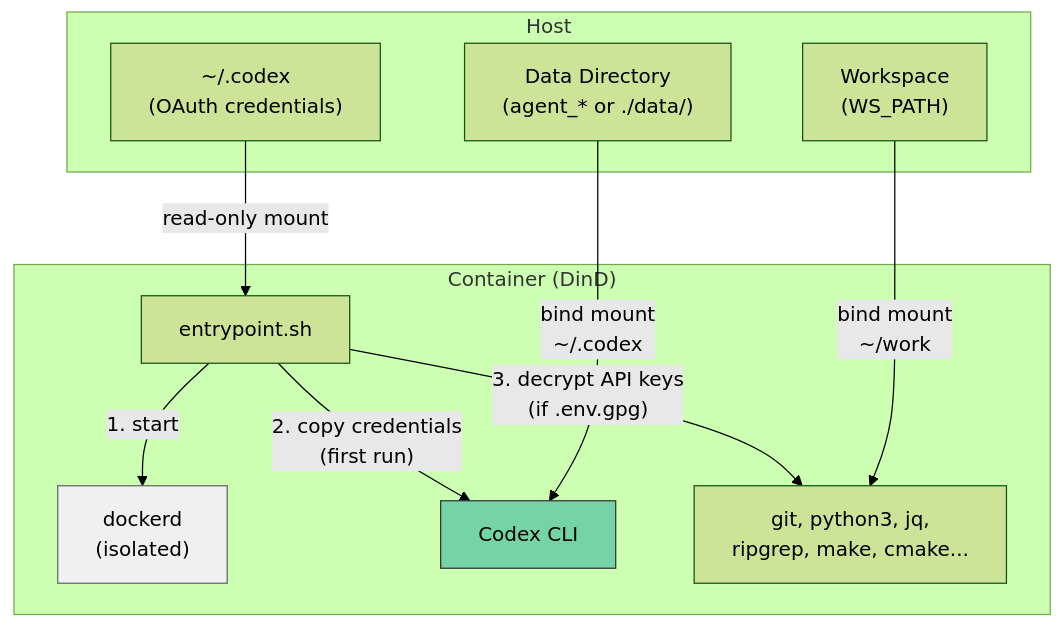
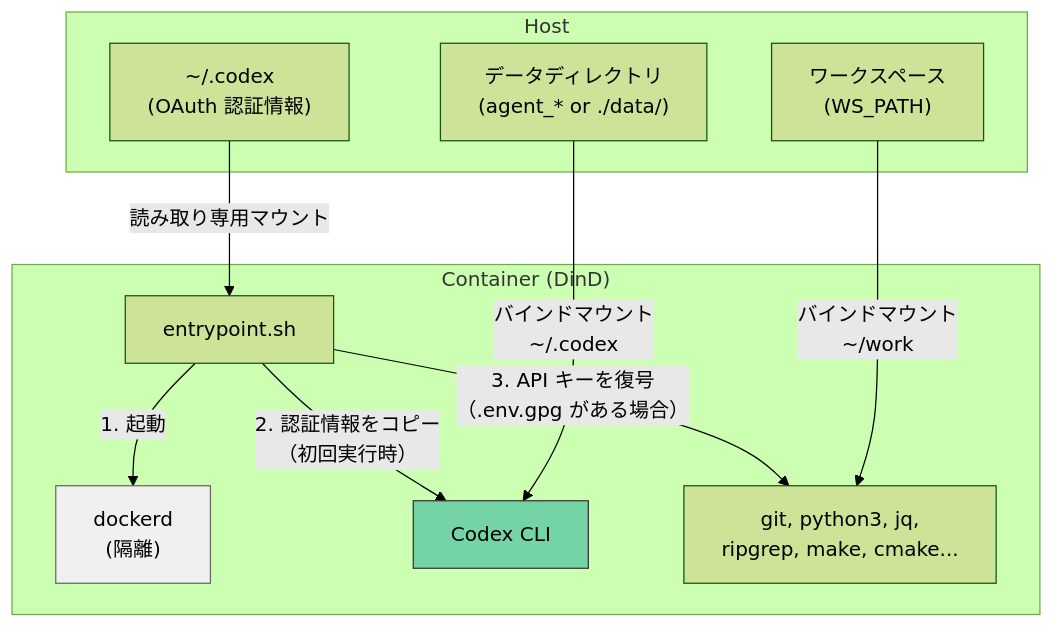
The first of 3 diagrams in doc/README.ja.md (ycpss91255-docker/codex_cli), drawn with Mermaid (forest theme) before and after one commit. The commit also changed other lines of this file and 2 other files, not shown here.

Commit message:
docs: keep 'smoke test' as proper noun in i18n
Do not translate 'smoke test' — it is a proper noun.

````diff
--- a/doc/README.ja.md
+++ b/doc/README.ja.md
@@ -42,26 +42,26 @@
 ```mermaid
 graph TB
     subgraph Host
-        H_OAuth["~/.codex<br/>(OAuth credentials)"]
-        H_WS["Workspace<br/>(WS_PATH)"]
-        H_Data["Data Directory<br/>(agent_* or ./data/)"]
+        H_OAuth["~/.codex<br/>(OAuth 認証情報)"]
+        H_WS["ワークスペース<br/>(WS_PATH)"]
+        H_Data["データディレクトリ<br/>(agent_* or ./data/)"]
     end
 
     subgraph "Container (DinD)"
         EP["entrypoint.sh"]
-        DinD["dockerd<br/>(isolated)"]
+        DinD["dockerd<br/>(隔離)"]
         Codex["Codex CLI"]
         Tools["git, python3, jq,<br/>ripgrep, make, cmake..."]
 
-        EP -->|"1. start"| DinD
-        EP -->|"2. copy credentials<br/>(first run)"| Codex
-        EP -->|"3. decrypt API keys<br/>(if .env.gpg)"| Tools
+        EP -->|"1. 起動"| DinD
+        EP -->|"2. 認証情報をコピー<br/>（初回実行時）"| Codex
+        EP -->|"3. API キーを復号<br/>（.env.gpg がある場合）"| Tools
     end
 
-    H_OAuth -->|"read-only mount"| EP
-    H_WS -->|"bind mount<br/>~/work"| Tools
-    H_Data -->|"bind mount<br/>~/.codex"| Codex
+    H_OAuth -->|"読み取り専用マウント"| EP
+    H_WS -->|"バインドマウント<br/>~/work"| Tools
+    H_Data -->|"バインドマウント<br/>~/.codex"| Codex
 
     style DinD fill:#f0f0f0,stroke:#666
     style Codex fill:#74d4a5,stroke:#333
 ```
````
